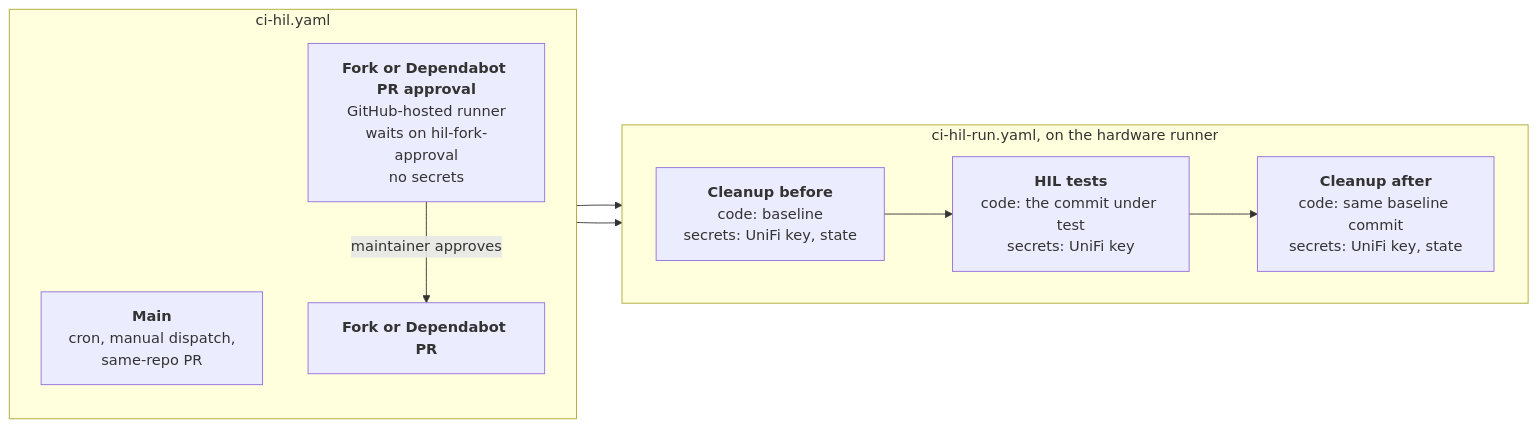
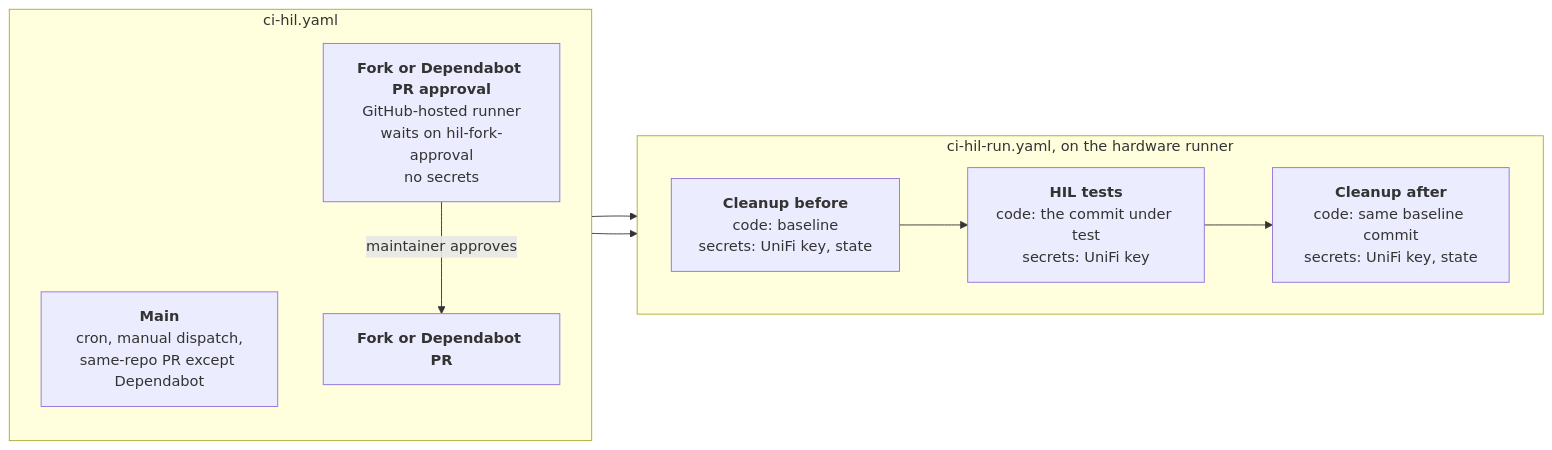
One commit to alexklibisz/terraform-provider-terrifi changed the first of 2 diagrams in hardware-testing/SECURITY.md. Above: the diagram before and after it, drawn with Mermaid. The commit also changed other lines of this file and 1 other file, not shown here.

First line of the commit message:
Fold Dependabot findings into the HIL security doc

````diff
--- a/hardware-testing/SECURITY.md
+++ b/hardware-testing/SECURITY.md
@@ -34,21 +34,21 @@
 ```mermaid
 flowchart LR
     subgraph routing["ci-hil.yaml"]
         direction TB
-        trusted["<b>Main</b><br/>cron, manual dispatch,<br/>same-repo PR"]
+        trusted["<b>Main</b><br/>cron, manual dispatch,<br/>same-repo PR except Dependabot"]
         approval["<b>Fork or Dependabot PR approval</b><br/>GitHub-hosted runner<br/>waits on hil-fork-approval<br/>no secrets"]
         fork["<b>Fork or Dependabot PR</b>"]
         approval -->|maintainer approves| fork
     end
 
     subgraph run["ci-hil-run.yaml, on the hardware runner"]
         direction LR
         before["<b>Cleanup before</b><br/>code: baseline<br/>secrets: UniFi key, state"]
         tests["<b>HIL tests</b><br/>code: the commit under test<br/>secrets: UniFi key"]
         after["<b>Cleanup after</b><br/>code: same baseline commit<br/>secrets: UniFi key, state"]
         before --> tests --> after
     end
 
     trusted --> run
     fork --> run
 ```
````
